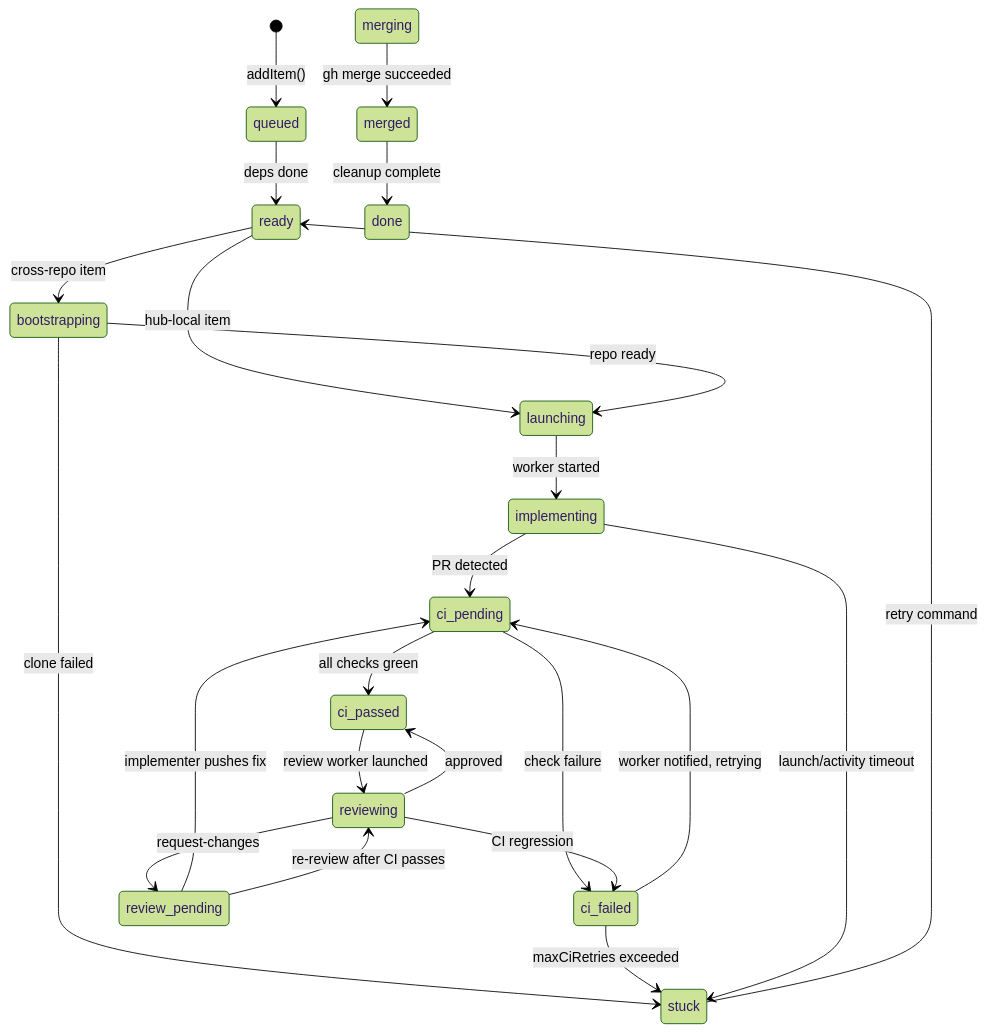
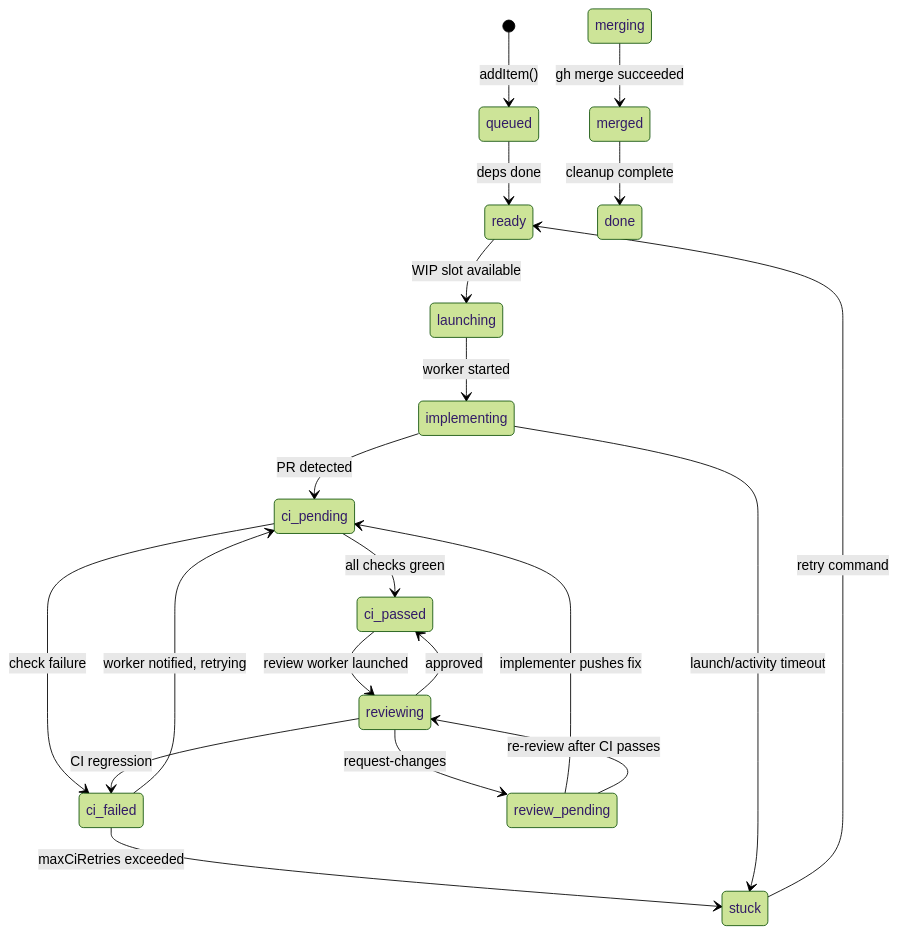
Before and after one commit to roblambell/ninthwave: the diagram in ARCHITECTURE.md, drawn with Mermaid (forest theme). The commit also changed other lines of this file and 61 other files, not shown here.

First line of the commit message:
refactor: remove cross-repo hub orchestration capability

````diff
--- a/ARCHITECTURE.md
+++ b/ARCHITECTURE.md
@@ -49,25 +48,22 @@
 ```mermaid
 stateDiagram-v2
     [*] --> queued : addItem()
     queued --> ready : deps done
-    ready --> bootstrapping : cross-repo item
-    ready --> launching : hub-local item
-    bootstrapping --> launching : repo ready
-    bootstrapping --> stuck : clone failed
+    ready --> launching : WIP slot available
     launching --> implementing : worker started
     implementing --> ci_pending : PR detected
     ci_pending --> ci_passed : all checks green
     ci_pending --> ci_failed : check failure
     ci_passed --> reviewing : review worker launched
     reviewing --> ci_passed : approved
     reviewing --> ci_failed : CI regression
     reviewing --> review_pending : request-changes
     review_pending --> ci_pending : implementer pushes fix
     review_pending --> reviewing : re-review after CI passes
     ci_failed --> ci_pending : worker notified, retrying
     ci_failed --> stuck : maxCiRetries exceeded
     merging --> merged : gh merge succeeded
     merged --> done : cleanup complete
     implementing --> stuck : launch/activity timeout
     stuck --> ready : retry command
 ```
````
